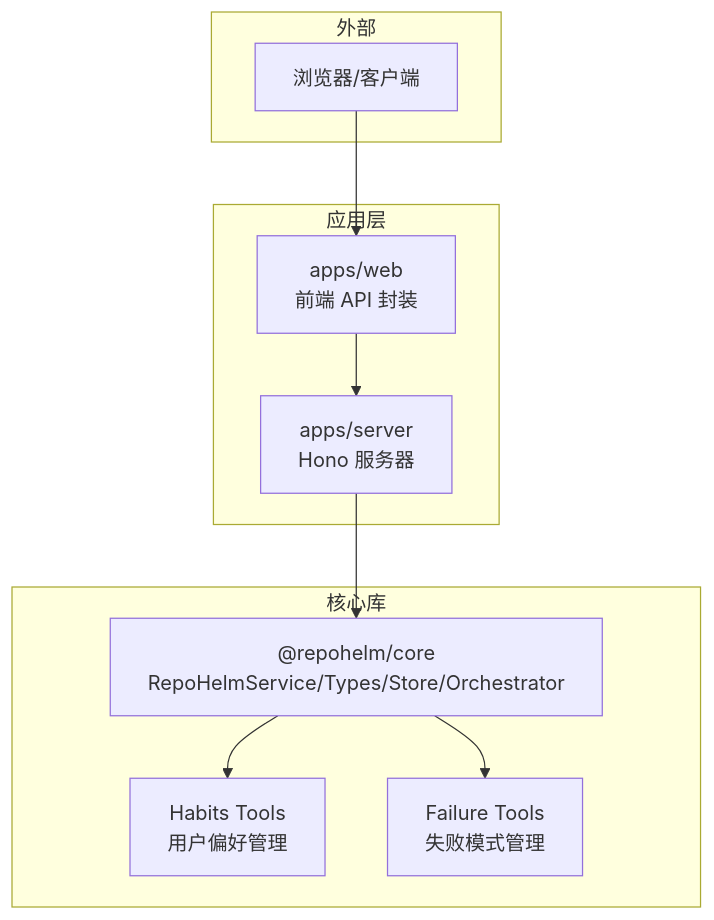
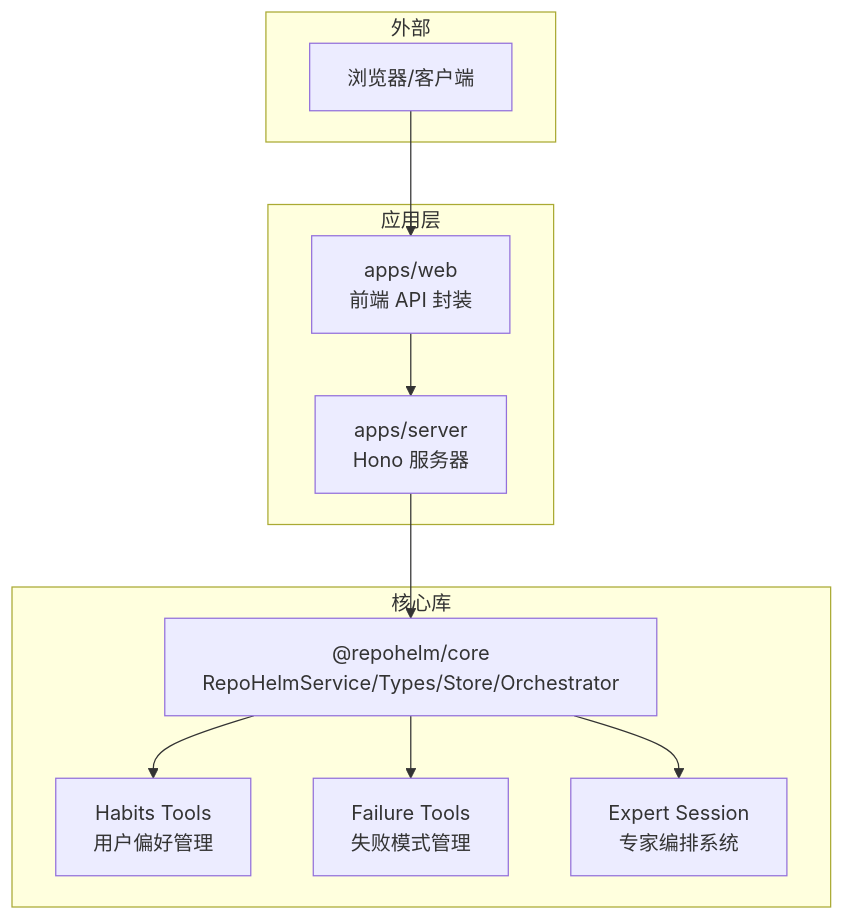
One commit to coconilu/RepoHelm changed the first of 3 diagrams in .qoder/repowiki/zh/content/服务器 API 设计/服务器 API 设计.md. Above: the diagram before and after it, drawn with Mermaid. The commit also changed other lines of this file and 14 other files, not shown here.

````diff
--- a/.qoder/repowiki/zh/content/服务器 API 设计/服务器 API 设计.md
+++ b/.qoder/repowiki/zh/content/服务器 API 设计/服务器 API 设计.md
@@ -45,20 +47,22 @@
 ```mermaid
 graph TB
 subgraph "应用层"
 S["apps/server<br/>Hono 服务器"]
 W["apps/web<br/>前端 API 封装"]
 end
 subgraph "核心库"
 C["@repohelm/core<br/>RepoHelmService/Types/Store/Orchestrator"]
 T1["Habits Tools<br/>用户偏好管理"]
 T2["Failure Tools<br/>失败模式管理"]
+E["Expert Session<br/>专家编排系统"]
 end
 subgraph "外部"
 F["浏览器/客户端"]
 end
 F --> W
 W --> S
 S --> C
 C --> T1
 C --> T2
+C --> E
 ```
````
